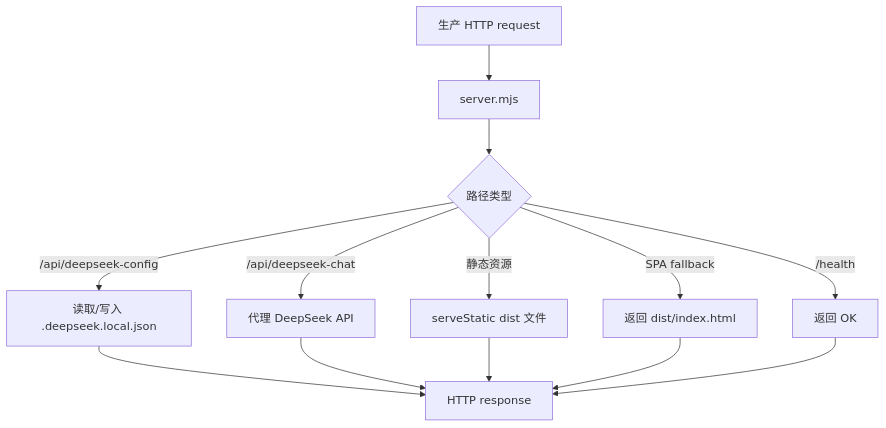
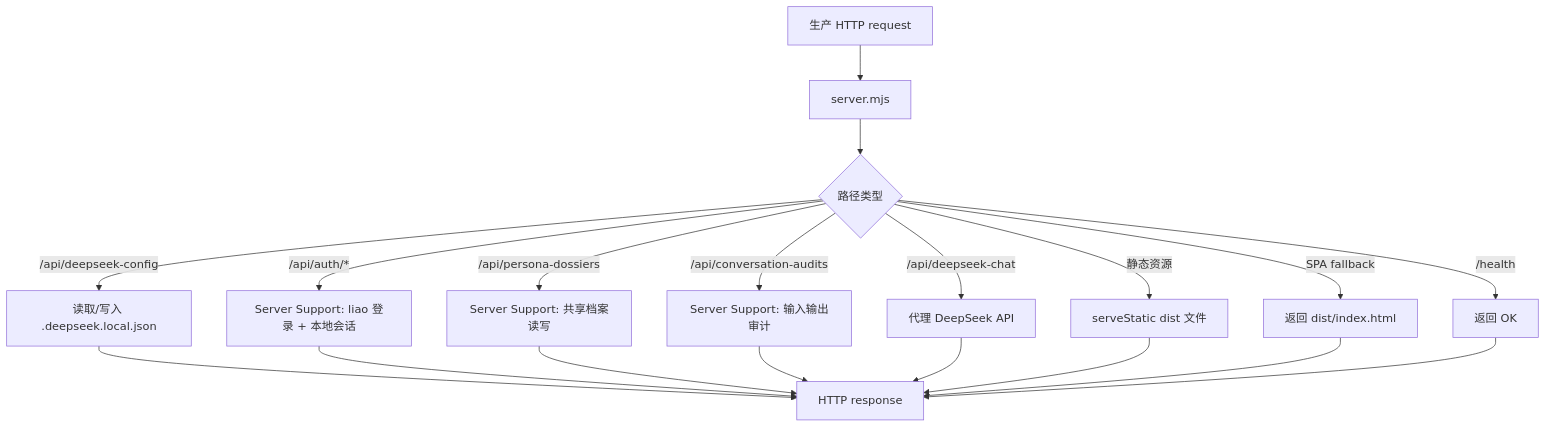
One commit to ttmanthatman/virtual-human-flow changed diagram 27 of 30 in docs/SYSTEM_FLOW.md. Above: the diagram before and after it, drawn with Mermaid. The commit also changed other lines of this file and 13 other files, not shown here.

Commit message:
feat: add liao auth and audit logging

````diff
--- a/docs/SYSTEM_FLOW.md
+++ b/docs/SYSTEM_FLOW.md
@@ -493,15 +572,21 @@
 ```mermaid
 flowchart TD
     REQ["生产 HTTP request"] --> SERVER["server.mjs"]
     SERVER --> ROUTE{"路径类型"}
     ROUTE -- "/health" --> HEALTH["返回 OK"]
+    ROUTE -- "/api/auth/*" --> AUTH["Server Support: liao 登录 + 本地会话"]
+    ROUTE -- "/api/persona-dossiers" --> DOS["Server Support: 共享档案读写"]
+    ROUTE -- "/api/conversation-audits" --> AUD["Server Support: 输入输出审计"]
     ROUTE -- "/api/deepseek-config" --> CFG["读取/写入 .deepseek.local.json"]
     ROUTE -- "/api/deepseek-chat" --> DS["代理 DeepSeek API"]
     ROUTE -- "静态资源" --> STATIC["serveStatic dist 文件"]
     ROUTE -- "SPA fallback" --> HTML["返回 dist/index.html"]
     CFG --> RESP["HTTP response"]
+    AUTH --> RESP
+    DOS --> RESP
+    AUD --> RESP
     DS --> RESP
     STATIC --> RESP
     HTML --> RESP
     HEALTH --> RESP
 ```
````
